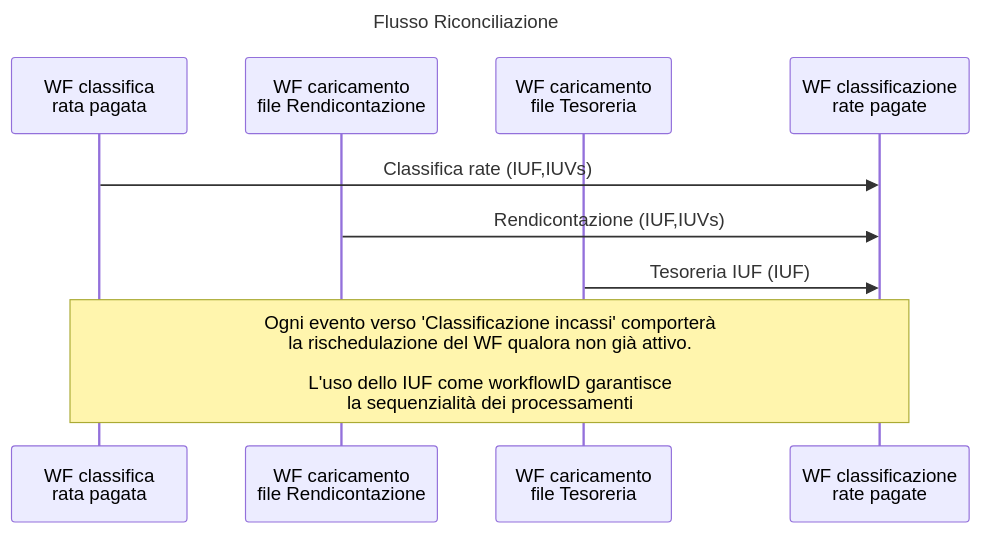
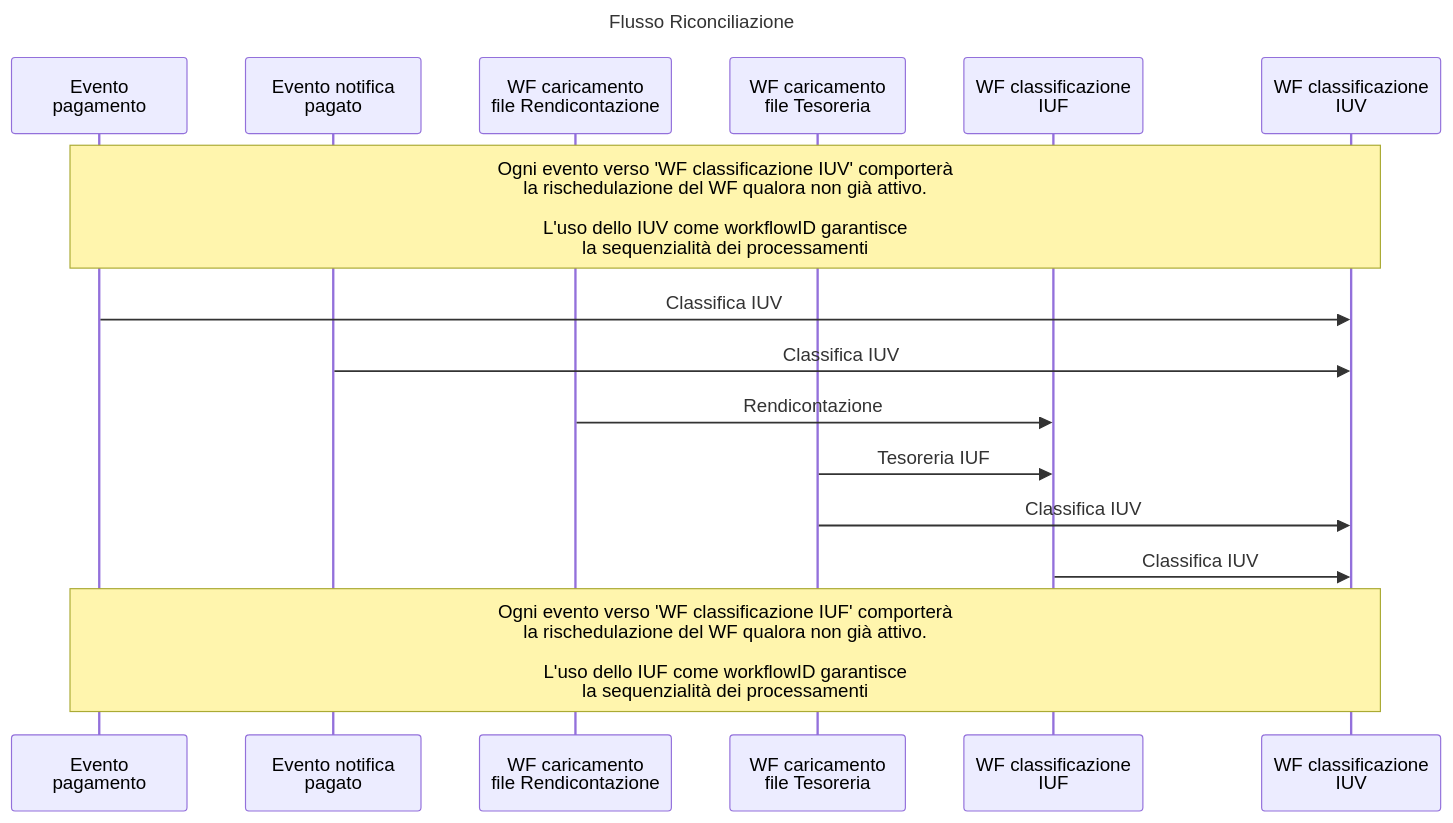
One commit to pagopa/p4pa-doc changed the diagram in design/workflow/classificazioneIncassi/seq_classificazione.mmd. Above: the diagram before and after it, drawn with Mermaid. The commit also changed 11 other files, not shown here.

Commit message:
P4ADEV-1358 review 'wf classificazione incassi'

```diff
--- a/design/workflow/classificazioneIncassi/seq_classificazione.mmd
+++ b/design/workflow/classificazioneIncassi/seq_classificazione.mmd
@@ -1,14 +1,21 @@
 ---
 title: Flusso Riconciliazione
 ---
 sequenceDiagram
-    participant WF_RT as WF classifica<BR />rata pagata
+    participant EV_RT as Evento<BR />pagamento
+    participant EV_RT_N as Evento notifica<BR />pagato
     participant WF_R as WF caricamento<BR />file Rendicontazione
     participant WF_T as WF caricamento<BR />file Tesoreria
-    participant WF_RC as WF classificazione<BR />rate pagate
+    participant WF_CLS_IUF as WF classificazione<BR />IUF
+    participant WF_CLS_IUV as WF classificazione<BR />IUV
 
-    WF_RT ->> WF_RC: Classifica rate (IUF,IUVs)
-    WF_R ->> WF_RC: Rendicontazione (IUF,IUVs)
-    WF_T ->> WF_RC: Tesoreria IUF (IUF)
+    note over EV_RT,WF_CLS_IUV: Ogni evento verso 'WF classificazione IUV' comporterà<BR />la rischedulazione del WF qualora non già attivo.<BR/><BR/>L'uso dello IUV come workflowID garantisce<BR />la sequenzialità dei processamenti
 
-    note over WF_RT,WF_RC: Ogni evento verso 'Classificazione incassi' comporterà<BR />la rischedulazione del WF qualora non già attivo.<BR/><BR/>L'uso dello IUF come workflowID garantisce<BR />la sequenzialità dei processamenti
+    EV_RT ->> WF_CLS_IUV: Classifica IUV
+    EV_RT_N ->> WF_CLS_IUV: Classifica IUV
+    WF_R ->> WF_CLS_IUF: Rendicontazione
+    WF_T ->> WF_CLS_IUF: Tesoreria IUF
+    WF_T ->> WF_CLS_IUV: Classifica IUV
+    WF_CLS_IUF ->> WF_CLS_IUV: Classifica IUV
+
+    note over EV_RT,WF_CLS_IUV: Ogni evento verso 'WF classificazione IUF' comporterà<BR />la rischedulazione del WF qualora non già attivo.<BR/><BR/>L'uso dello IUF come workflowID garantisce<BR />la sequenzialità dei processamenti
```
